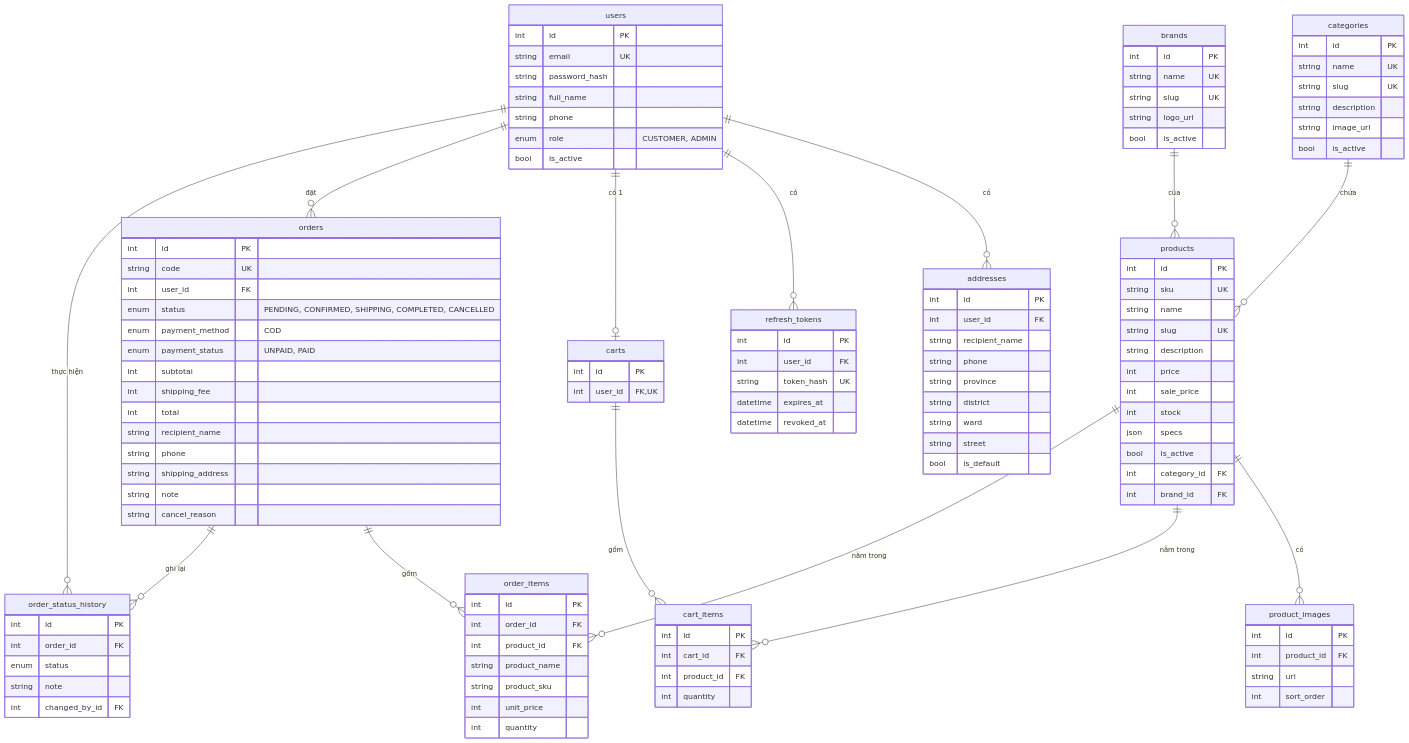
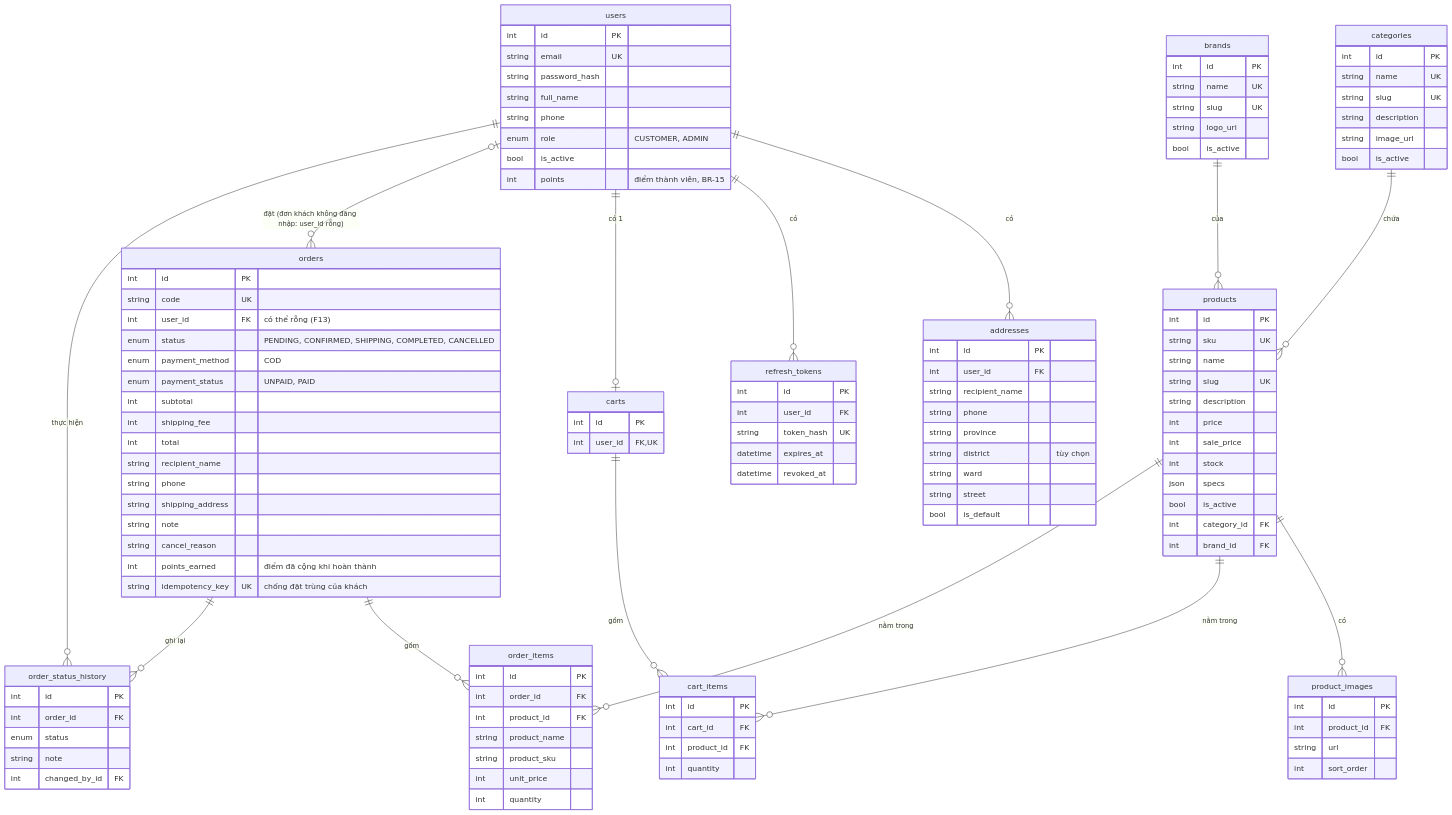
The third of 9 diagrams in docs/SDD.md (Quoc0510/electronics-retail), drawn with Mermaid before and after one commit. The commit also changed other lines of this file and 58 other files, not shown here.

Commit message:
feat(F07,F13): quản lý đơn hàng cho Admin, đặt hàng không cần đăng nhập, điểm thành viên, Quận/Huyện không bắt buộc

```diff
--- a/docs/SDD.md
+++ b/docs/SDD.md
@@ -64,7 +64,7 @@
     users ||--o{ addresses : "có"
     users ||--o{ refresh_tokens : "có"
     users ||--o| carts : "có 1"
-    users ||--o{ orders : "đặt"
+    users |o--o{ orders : "đặt (đơn khách không đăng nhập: user_id rỗng)"
     users ||--o{ order_status_history : "thực hiện"
     categories ||--o{ products : "chứa"
     brands ||--o{ products : "của"
@@ -83,6 +83,7 @@
         string phone
         enum role "CUSTOMER, ADMIN"
         bool is_active
+        int points "điểm thành viên, BR-15"
     }
     refresh_tokens {
         int id PK
@@ -97,7 +98,7 @@
         string recipient_name
         string phone
         string province
-        string district
+        string district "tùy chọn"
         string ward
         string street
         bool is_default
@@ -150,7 +151,7 @@
     orders {
         int id PK
         string code UK
-        int user_id FK
+        int user_id FK "có thể rỗng (F13)"
         enum status "PENDING, CONFIRMED, SHIPPING, COMPLETED, CANCELLED"
         enum payment_method "COD"
         enum payment_status "UNPAID, PAID"
@@ -162,6 +163,8 @@
         string shipping_address
         string note
         string cancel_reason
+        int points_earned "điểm đã cộng khi hoàn thành"
+        string idempotency_key UK "chống đặt trùng của khách"
     }
     order_items {
         int id PK
```
